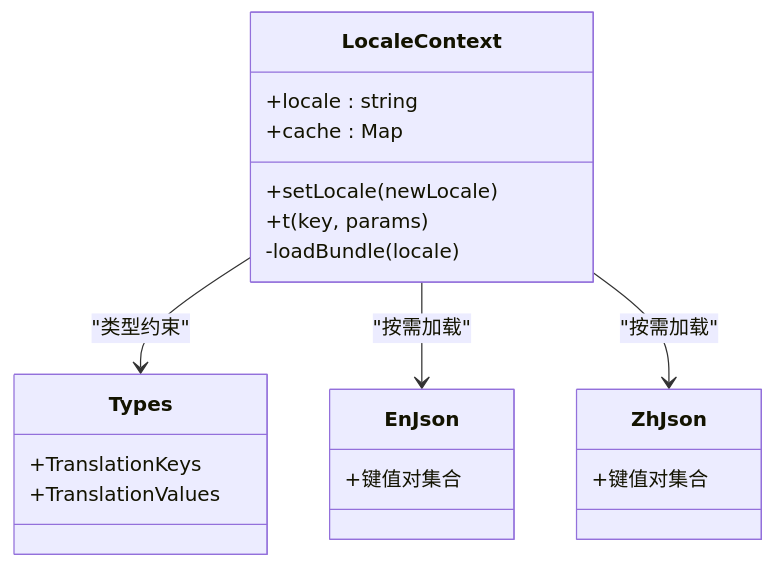
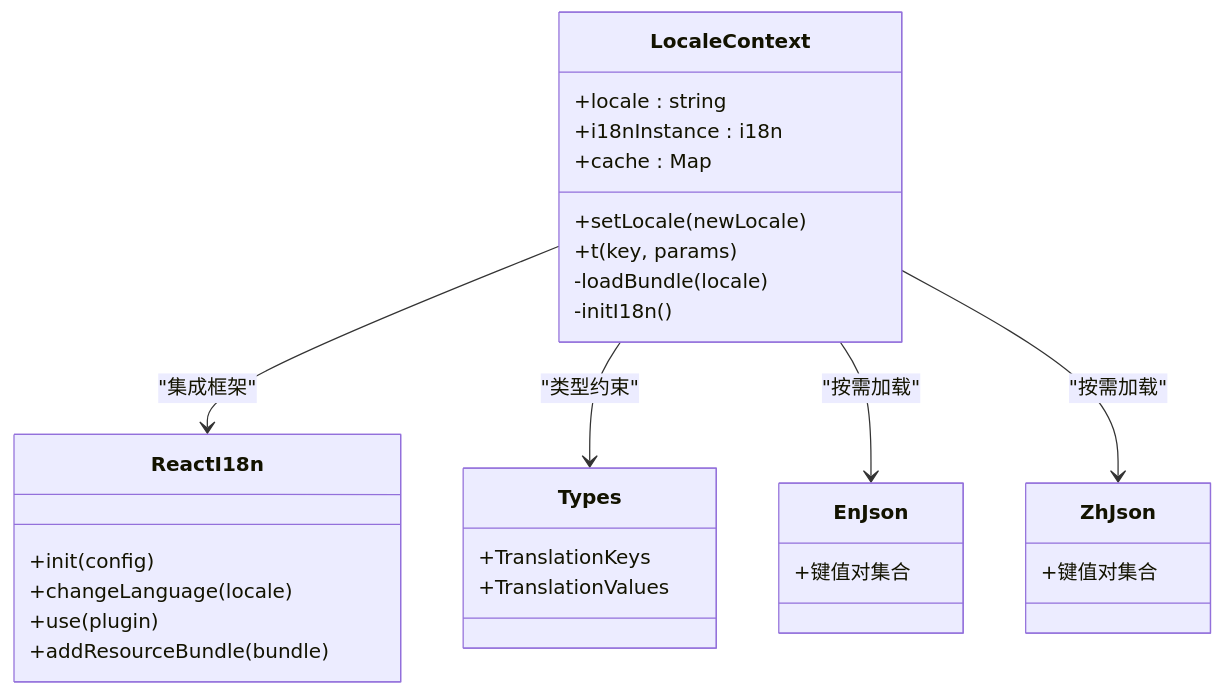
The third of 5 diagrams in .qoder/repowiki/zh/content/国际化系统.md (Hu-Right/supply-os), drawn with Mermaid before and after one commit. The commit also changed other lines of this file and 33 other files, not shown here.

````diff
--- a/.qoder/repowiki/zh/content/国际化系统.md
+++ b/.qoder/repowiki/zh/content/国际化系统.md
@@ -120,23 +137,32 @@
 ```mermaid
 classDiagram
 class LocaleContext {
 +locale : string
++i18nInstance : i18n
 +cache : Map<string, object>
 +setLocale(newLocale)
 +t(key, params)
 -loadBundle(locale)
+-initI18n()
+}
+class ReactI18n {
++init(config)
++changeLanguage(locale)
++use(plugin)
++addResourceBundle(bundle)
 }
 class Types {
 +TranslationKeys
 +TranslationValues
 }
 class EnJson {
 +键值对集合
 }
 class ZhJson {
 +键值对集合
 }
+LocaleContext --> ReactI18n : "集成框架"
 LocaleContext --> Types : "类型约束"
 LocaleContext --> EnJson : "按需加载"
 LocaleContext --> ZhJson : "按需加载"
 ```
````
